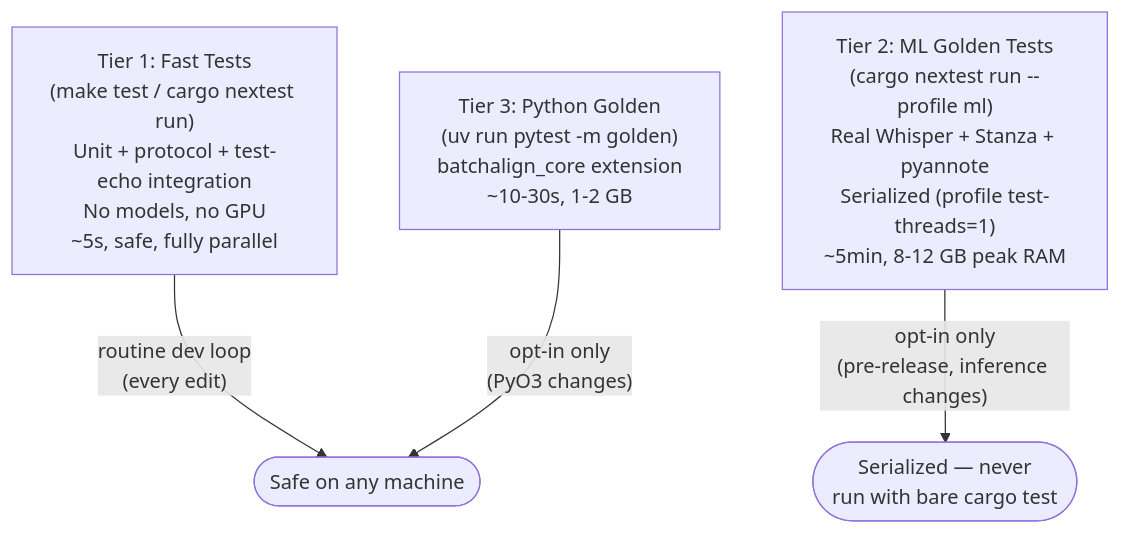
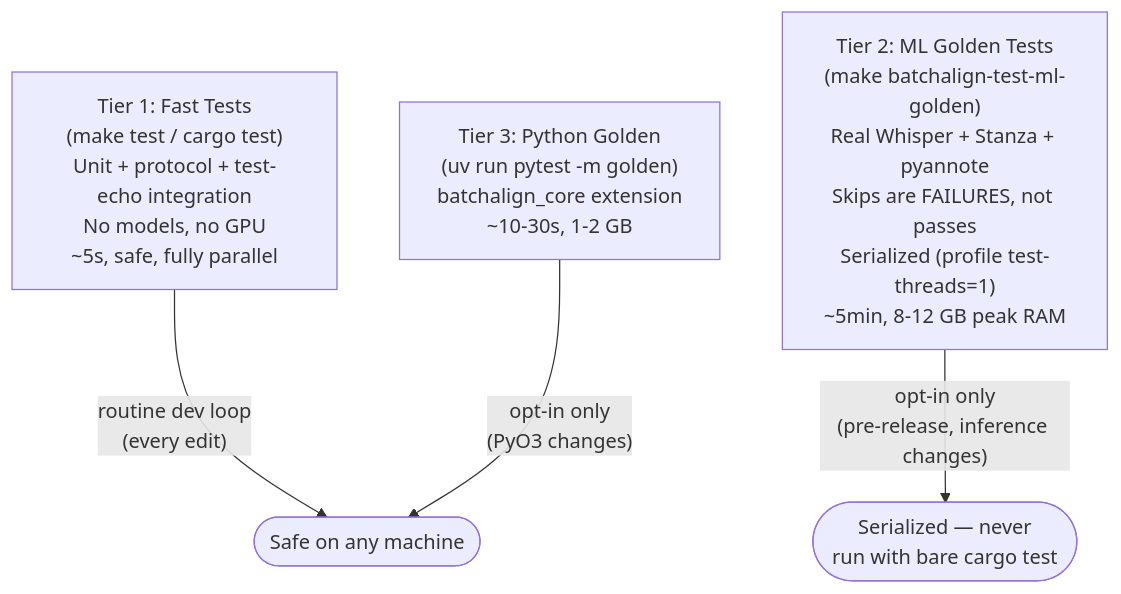
One commit to TalkBank/talkbank-tools changed the diagram in book/src/batchalign/developer/testing.md. Above: the diagram before and after it, drawn with Mermaid. The commit also changed other lines of this file and 6 other files, not shown here.

First line of the commit message:
test(ml_golden): give the suite an entry point, and stop it skipping silently

````diff
--- a/book/src/batchalign/developer/testing.md
+++ b/book/src/batchalign/developer/testing.md
@@ -11,10 +11,10 @@
 ```mermaid
 flowchart TD
-    fast["Tier 1: Fast Tests\n(make test / cargo nextest run)\nUnit + protocol + test-echo integration\nNo models, no GPU\n~5s, safe, fully parallel"]
-    ml["Tier 2: ML Golden Tests\n(cargo nextest run --profile ml)\nReal Whisper + Stanza + pyannote\nSerialized (profile test-threads=1)\n~5min, 8-12 GB peak RAM"]
+    fast["Tier 1: Fast Tests\n(make test / cargo test)\nUnit + protocol + test-echo integration\nNo models, no GPU\n~5s, safe, fully parallel"]
+    ml["Tier 2: ML Golden Tests\n(make batchalign-test-ml-golden)\nReal Whisper + Stanza + pyannote\nSkips are FAILURES, not passes\nSerialized (profile test-threads=1)\n~5min, 8-12 GB peak RAM"]
     pygolden["Tier 3: Python Golden\n(uv run pytest -m golden)\nbatchalign_core extension\n~10-30s, 1-2 GB"]
 
     fast -->|"routine dev loop\n(every edit)"| safe(["Safe on any machine"])
     ml -->|"opt-in only\n(pre-release, inference changes)"| danger(["Serialized — never\nrun with bare cargo test"])
     pygolden -->|"opt-in only\n(PyO3 changes)"| safe
 ```
````
